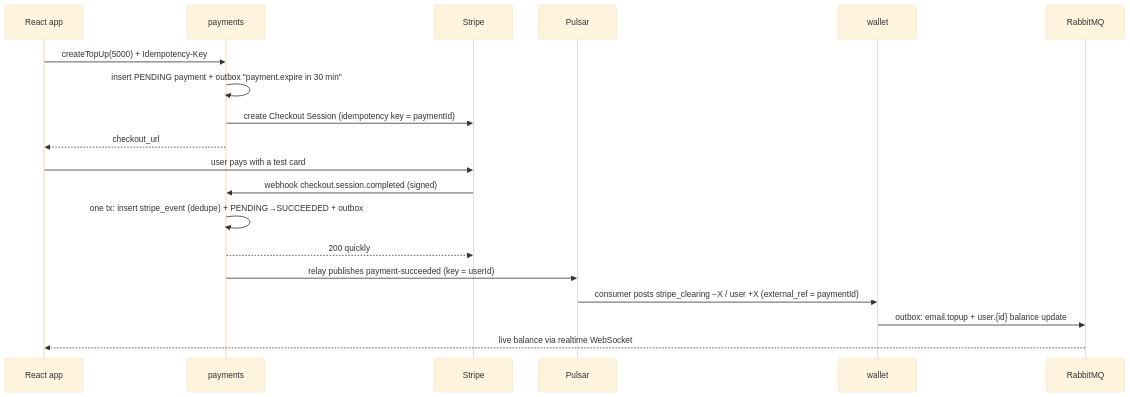
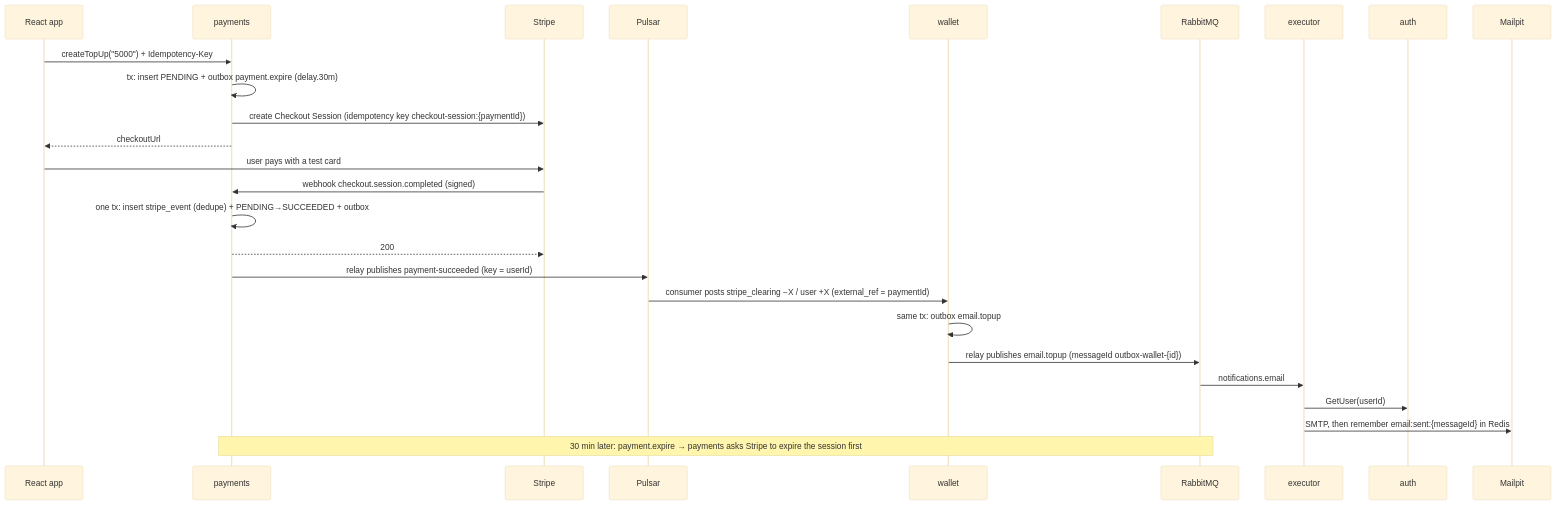
The third of 3 diagrams in docs/nexuspay/01-purpose-and-architecture.md (iarudakov30/jobber), drawn with Mermaid (base theme) before and after one commit. The commit also changed other lines of this file and 42 other files, not shown here.

First line of the commit message:
Credit Stripe top-ups in the wallet and email them from the executor

````diff
--- a/docs/nexuspay/01-purpose-and-architecture.md
+++ b/docs/nexuspay/01-purpose-and-architecture.md
@@ -122,21 +204,28 @@
 ```mermaid
 sequenceDiagram
   participant UI as React app
   participant P as payments
   participant S as Stripe
   participant PU as Pulsar
   participant W as wallet
   participant R as RabbitMQ
-  UI->>P: createTopUp(5000) + Idempotency-Key
-  P->>P: insert PENDING payment + outbox "payment.expire in 30 min"
-  P->>S: create Checkout Session (idempotency key = paymentId)
-  P-->>UI: checkout_url
+  participant E as executor
+  participant A as auth
+  participant M as Mailpit
+  UI->>P: createTopUp("5000") + Idempotency-Key
+  P->>P: tx: insert PENDING + outbox payment.expire (delay.30m)
+  P->>S: create Checkout Session (idempotency key checkout-session:{paymentId})
+  P-->>UI: checkoutUrl
   UI->>S: user pays with a test card
   S->>P: webhook checkout.session.completed (signed)
   P->>P: one tx: insert stripe_event (dedupe) + PENDING→SUCCEEDED + outbox
-  P-->>S: 200 quickly
+  P-->>S: 200
   P->>PU: relay publishes payment-succeeded (key = userId)
   PU->>W: consumer posts stripe_clearing −X / user +X (external_ref = paymentId)
-  W->>R: outbox: email.topup + user.{id} balance update
-  R-->>UI: live balance via realtime WebSocket
+  W->>W: same tx: outbox email.topup
+  W->>R: relay publishes email.topup (messageId outbox-wallet-{id})
+  R->>E: notifications.email
+  E->>A: GetUser(userId)
+  E->>M: SMTP, then remember email:sent:{messageId} in Redis
+  Note over P,R: 30 min later: payment.expire → payments asks Stripe to expire the session first
 ```
````
